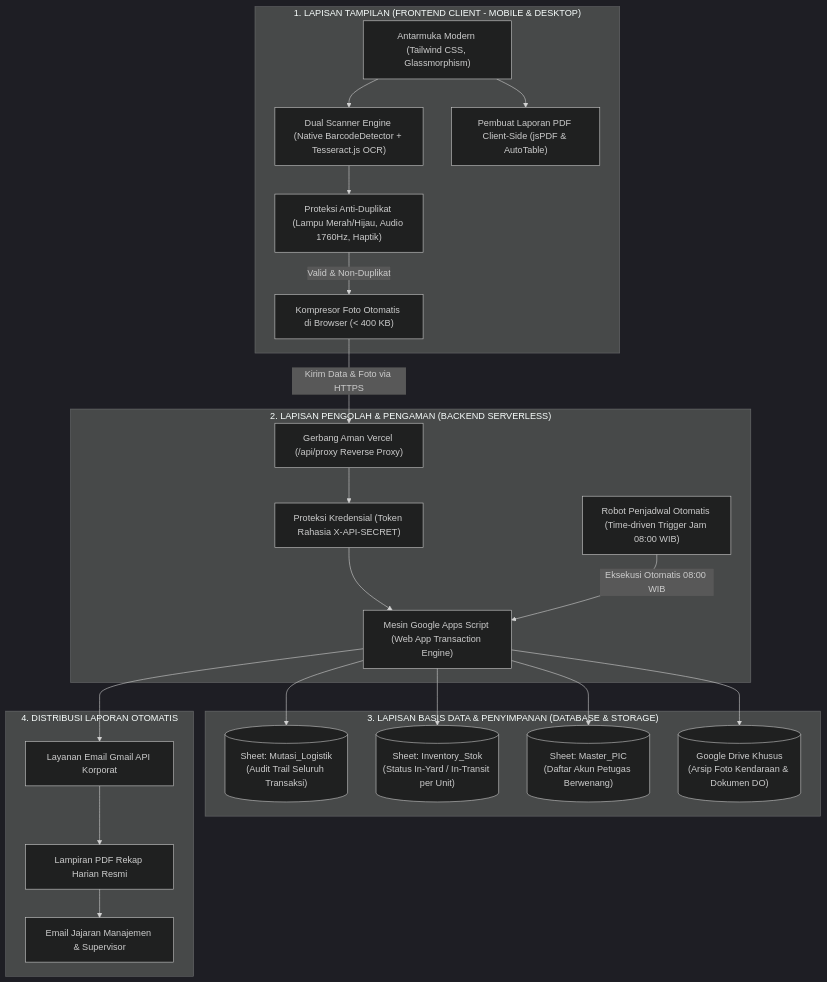
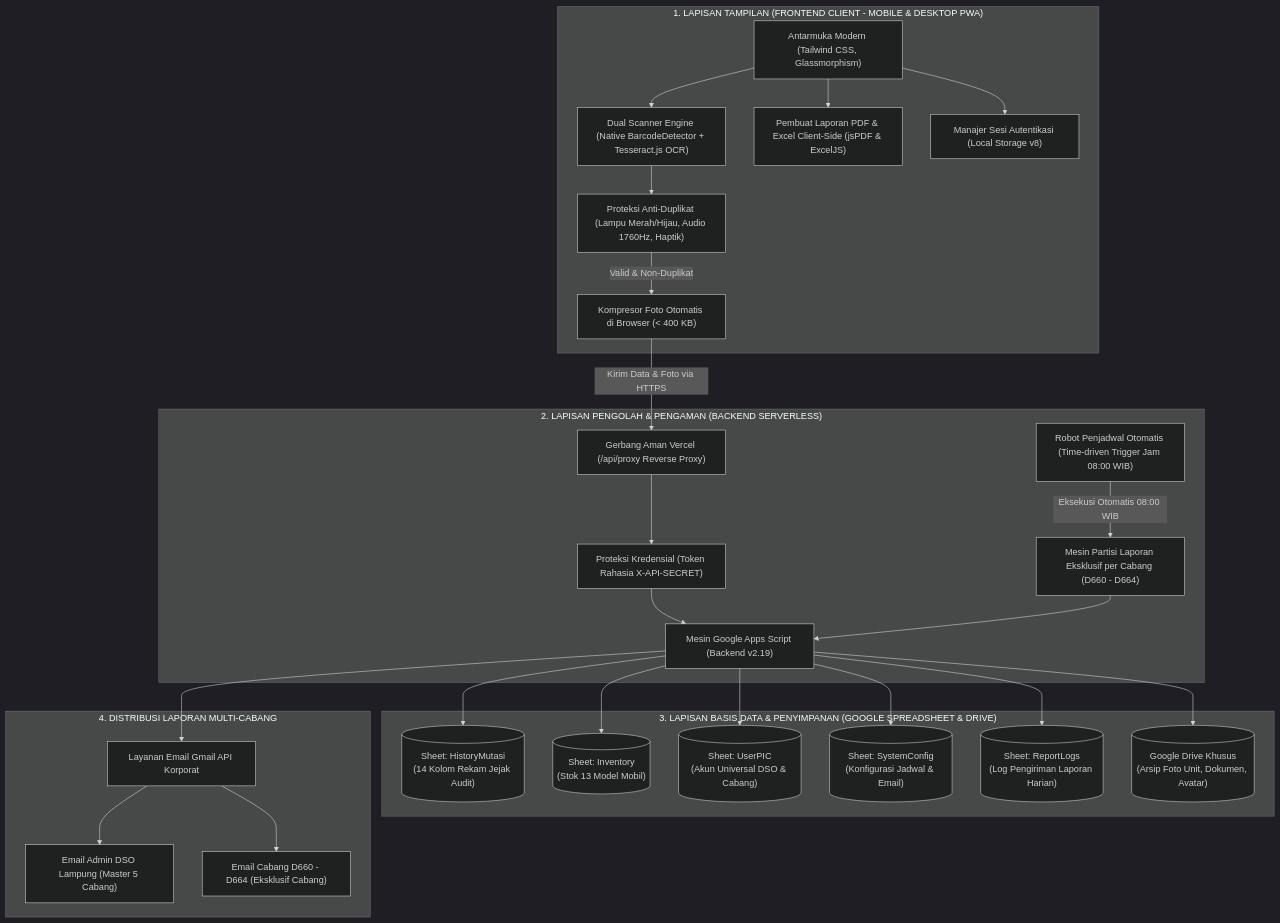
The first of 2 diagrams in PRD.md (miyuraa1001/Management-StockYard), drawn with Mermaid (dark theme) before and after one commit. The commit also changed other lines of this file, not shown here.

````diff
--- a/PRD.md
+++ b/PRD.md
@@ -289,46 +184,54 @@
 ```mermaid
 flowchart TD
-    subgraph Frontend["1. LAPISAN TAMPILAN (FRONTEND CLIENT - MOBILE & DESKTOP)"]
+    subgraph Frontend["1. LAPISAN TAMPILAN (FRONTEND CLIENT - MOBILE & DESKTOP PWA)"]
         UI["Antarmuka Modern (Tailwind CSS, Glassmorphism)"]
         Scanner["Dual Scanner Engine (Native BarcodeDetector + Tesseract.js OCR)"]
         Compress["Kompresor Foto Otomatis di Browser (< 400 KB)"]
         Sensor["Proteksi Anti-Duplikat (Lampu Merah/Hijau, Audio 1760Hz, Haptik)"]
-        ClientPDF["Pembuat Laporan PDF Client-Side (jsPDF & AutoTable)"]
+        ClientExport["Pembuat Laporan PDF & Excel Client-Side (jsPDF & ExcelJS)"]
+        AuthPersist["Manajer Sesi Autentikasi (Local Storage v8)"]
     end
 
     subgraph Backend["2. LAPISAN PENGOLAH & PENGAMAN (BACKEND SERVERLESS)"]
         Proxy["Gerbang Aman Vercel (/api/proxy Reverse Proxy)"]
         Secret["Proteksi Kredensial (Token Rahasia X-API-SECRET)"]
-        GAS["Mesin Google Apps Script (Web App Transaction Engine)"]
+        GAS["Mesin Google Apps Script (Backend v2.19)"]
         Cron["Robot Penjadwal Otomatis (Time-driven Trigger Jam 08:00 WIB)"]
+        Partition["Mesin Partisi Laporan Eksklusif per Cabang (D660 - D664)"]
     end
 
-    subgraph Database["3. LAPISAN BASIS DATA & PENYIMPANAN (DATABASE & STORAGE)"]
-        Sheet1[("Sheet: Mutasi_Logistik\n(Audit Trail Seluruh Transaksi)")]
-        Sheet2[("Sheet: Inventory_Stok\n(Status In-Yard / In-Transit per Unit)")]
-        Sheet3[("Sheet: Master_PIC\n(Daftar Akun Petugas Berwenang)")]
-        Drive[("Google Drive Khusus\n(Arsip Foto Kendaraan & Dokumen DO)")]
+    subgraph Database["3. LAPISAN BASIS DATA & PENYIMPANAN (GOOGLE SPREADSHEET & DRIVE)"]
+        Sheet1[("Sheet: HistoryMutasi\n(14 Kolom Rekam Jejak Audit)")]
+        Sheet2[("Sheet: Inventory\n(Stok 13 Model Mobil)")]
+        Sheet3[("Sheet: UserPIC\n(Akun Universal DSO & Cabang)")]
+        Sheet4[("Sheet: SystemConfig\n(Konfigurasi Jadwal & Email)")]
+        Sheet5[("Sheet: ReportLogs\n(Log Pengiriman Laporan Harian)")]
+        Drive[("Google Drive Khusus\n(Arsip Foto Unit, Dokumen, Avatar)")]
     end
 
-    subgraph Output["4. DISTRIBUSI LAPORAN OTOMATIS"]
+    subgraph Output["4. DISTRIBUSI LAPORAN MULTI-CABANG"]
         Gmail["Layanan Email Gmail API Korporat"]
-        PDF["Lampiran PDF Rekap Harian Resmi"]
-        Audience["Email Jajaran Manajemen & Supervisor"]
+        MasterRep["Email Admin DSO Lampung (Master 5 Cabang)"]
+        BranchRep["Email Cabang D660 - D664 (Eksklusif Cabang)"]
     end
 
     UI --> Scanner
     Scanner --> Sensor
     Sensor -->|Valid & Non-Duplikat| Compress
     Compress -->|Kirim Data & Foto via HTTPS| Proxy
     Proxy --> Secret
     Secret --> GAS
     GAS --> Sheet1
     GAS --> Sheet2
     GAS --> Sheet3
+    GAS --> Sheet4
+    GAS --> Sheet5
     GAS --> Drive
-    Cron -->|Eksekusi Otomatis 08:00 WIB| GAS
+    Cron -->|Eksekusi Otomatis 08:00 WIB| Partition
+    Partition --> GAS
     GAS --> Gmail
-    Gmail --> PDF
-    PDF --> Audience
-    UI --> ClientPDF
+    Gmail --> MasterRep
+    Gmail --> BranchRep
+    UI --> ClientExport
+    UI --> AuthPersist
 ```
````
